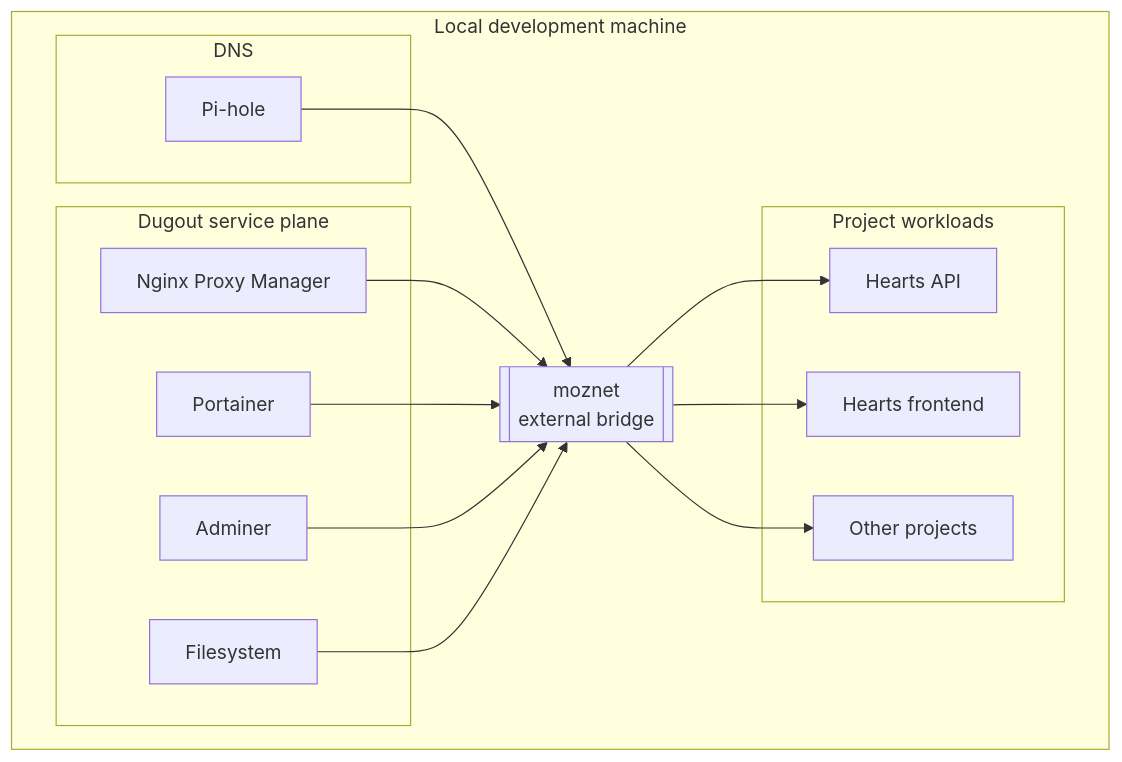
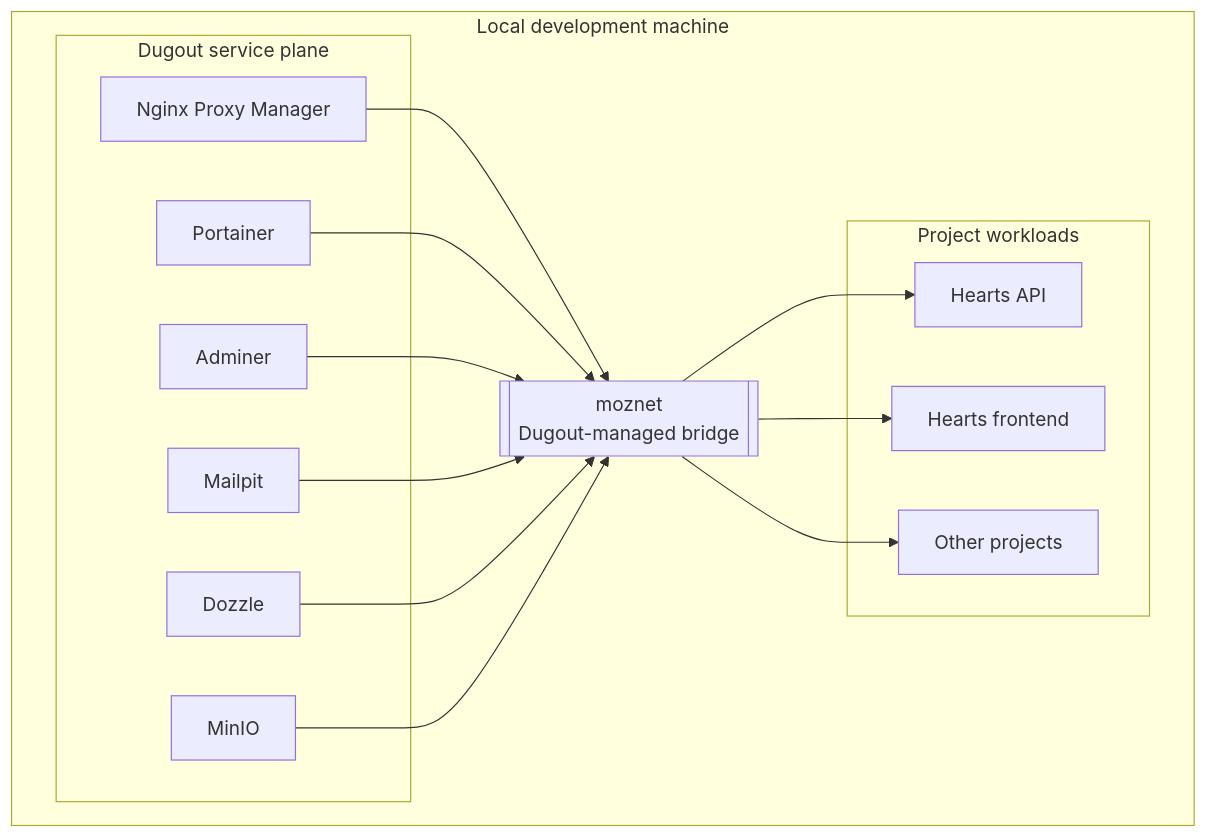
One commit to moztopia/dugout changed the first of 3 diagrams in docs/01-platform-architecture.md. Above: the diagram before and after it, drawn with Mermaid. The commit also changed other lines of this file and 20 other files, not shown here.

````diff
--- a/docs/01-platform-architecture.md
+++ b/docs/01-platform-architecture.md
@@ -23,32 +32,31 @@
 ```mermaid
 flowchart TB
     subgraph machine["Local development machine"]
-        subgraph dns["DNS"]
-            pihole["Pi-hole"]
-        end
-
         subgraph dugout["Dugout service plane"]
             proxy["Nginx Proxy Manager"]
             portainer["Portainer"]
             adminer["Adminer"]
-            filesystem["Filesystem"]
+            mailpit["Mailpit"]
+            dozzle["Dozzle"]
+            minio["MinIO"]
         end
 
-        moznet[["moznet<br/>external bridge"]]
+        moznet[["moznet<br/>Dugout-managed bridge"]]
 
         subgraph projects["Project workloads"]
             heartsApi["Hearts API"]
             heartsFrontend["Hearts frontend"]
             others["Other projects"]
         end
 
-        pihole --> moznet
         proxy --> moznet
         portainer --> moznet
         adminer --> moznet
-        filesystem --> moznet
+        mailpit --> moznet
+        dozzle --> moznet
+        minio --> moznet
         moznet --> heartsApi
         moznet --> heartsFrontend
         moznet --> others
     end
 ```
````
